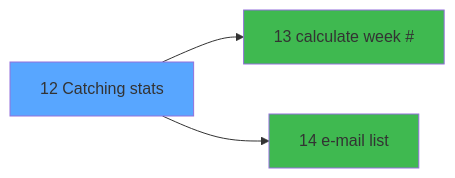
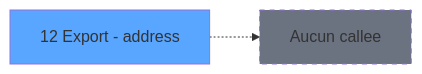
Before and after one commit to thonyAGP/magic-migration: the third of 3 diagrams in .openspec/specs/ADH-IDE-12.md, drawn with Mermaid. The commit also changed other lines of this file and 311 other files, not shown here.

````diff
--- a/.openspec/specs/ADH-IDE-12.md
+++ b/.openspec/specs/ADH-IDE-12.md
@@ -2029,11 +171,8 @@
 ```mermaid
 graph LR
-    T12[12 Catching stats]
+    T12[12 Export - address]
     style T12 fill:#58a6ff
-    C13[13 calculate week #]
-    T12 --> C13
-    style C13 fill:#3fb950
-    C14[14 e-mail list]
-    T12 --> C14
-    style C14 fill:#3fb950
+    NONE[Aucun callee]
+    T12 -.-> NONE
+    style NONE fill:#6b7280,stroke-dasharray: 5 5
 ```
````
